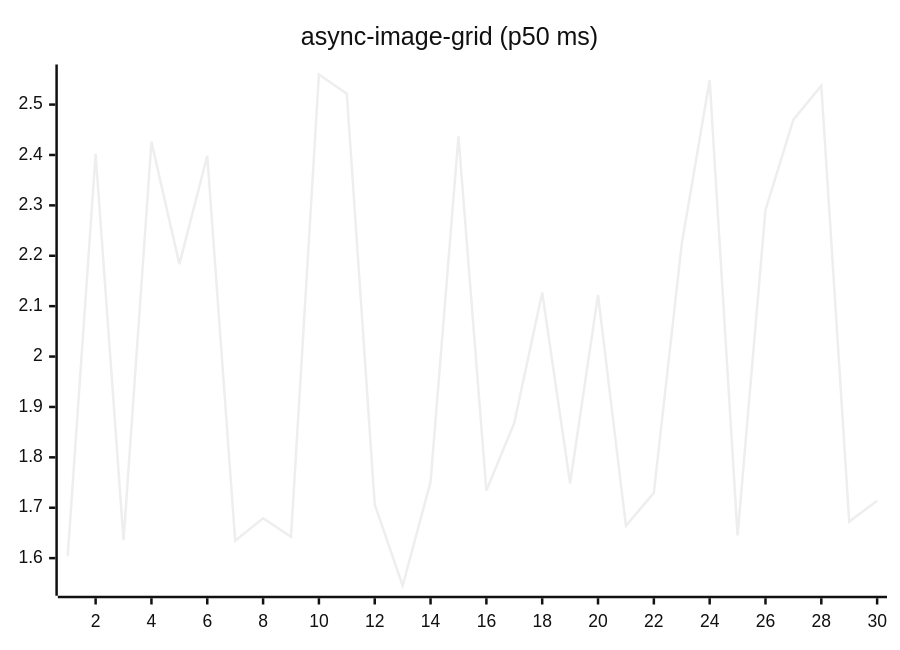
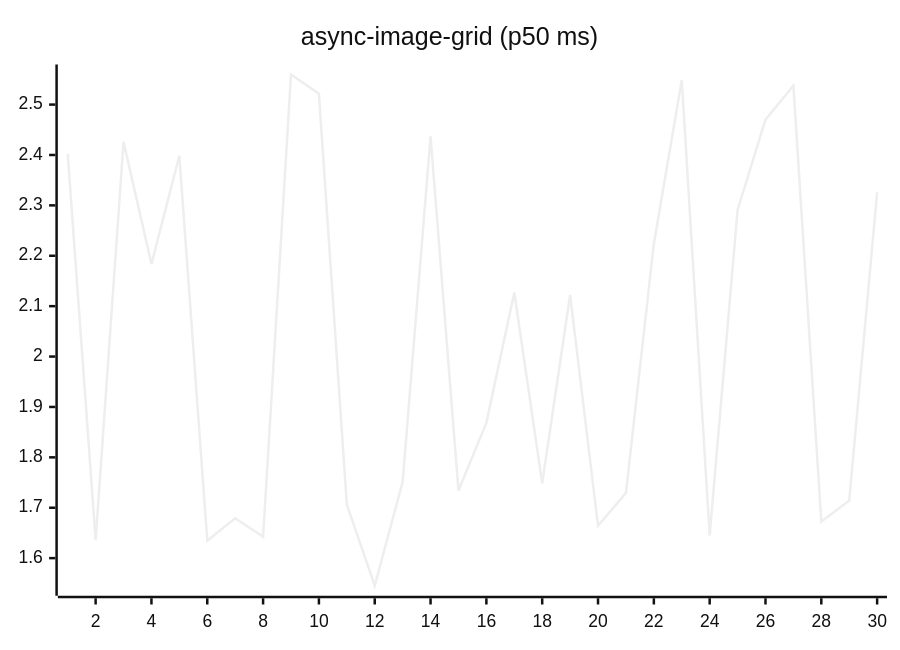
One commit to josha/Facet changed the fifth of 27 diagrams in README.md. Above: the diagram before and after it, drawn with Mermaid (neutral theme). The commit also changed other lines of this file and 2 other files, not shown here.

````diff
--- a/README.md
+++ b/README.md
@@ -91,6 +91,6 @@
 ```mermaid
 xychart-beta
     title "async-image-grid (p50 ms)"
     x-axis 1 --> 30
-    line [1.6045, 2.4025, 1.6357, 2.4260, 2.1835, 2.3985, 1.6346, 1.6792, 1.6424, 2.5597, 2.5214, 1.7066, 1.5452, 1.7512, 2.4372, 1.7341, 1.8684, 2.1272, 1.7487, 2.1221, 1.6642, 1.7295, 2.2238, 2.5483, 1.6449, 2.2910, 2.4702, 2.5376, 1.6727, 1.7140]
+    line [2.4025, 1.6357, 2.4260, 2.1835, 2.3985, 1.6346, 1.6792, 1.6424, 2.5597, 2.5214, 1.7066, 1.5452, 1.7512, 2.4372, 1.7341, 1.8684, 2.1272, 1.7487, 2.1221, 1.6642, 1.7295, 2.2238, 2.5483, 1.6449, 2.2910, 2.4702, 2.5376, 1.6727, 1.7140, 2.3260]
 ```
````
